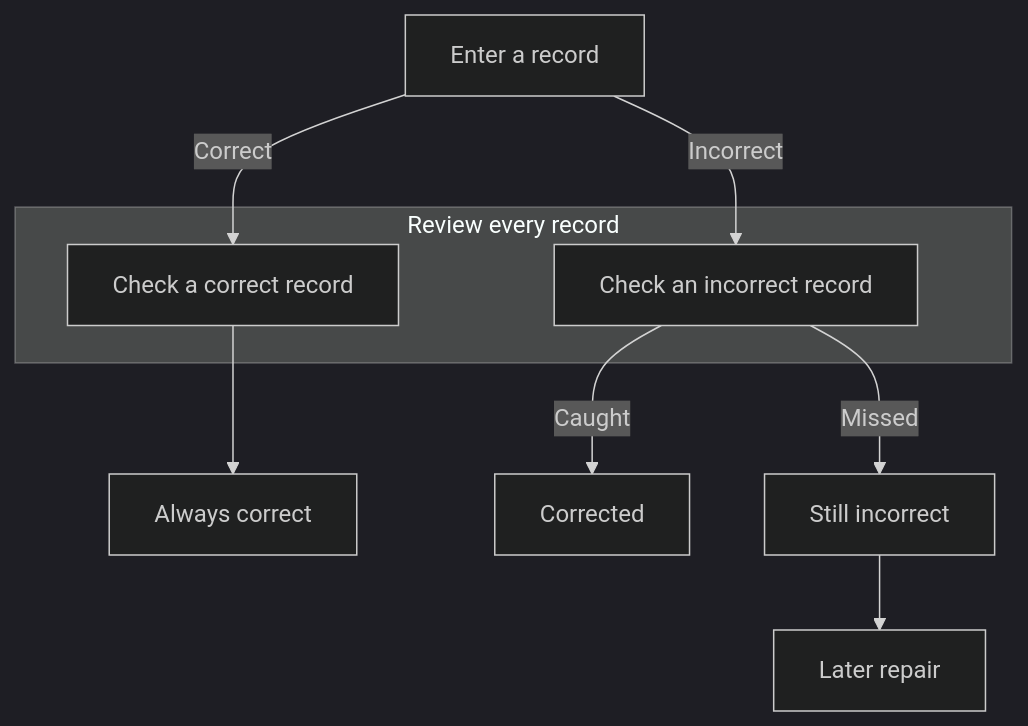
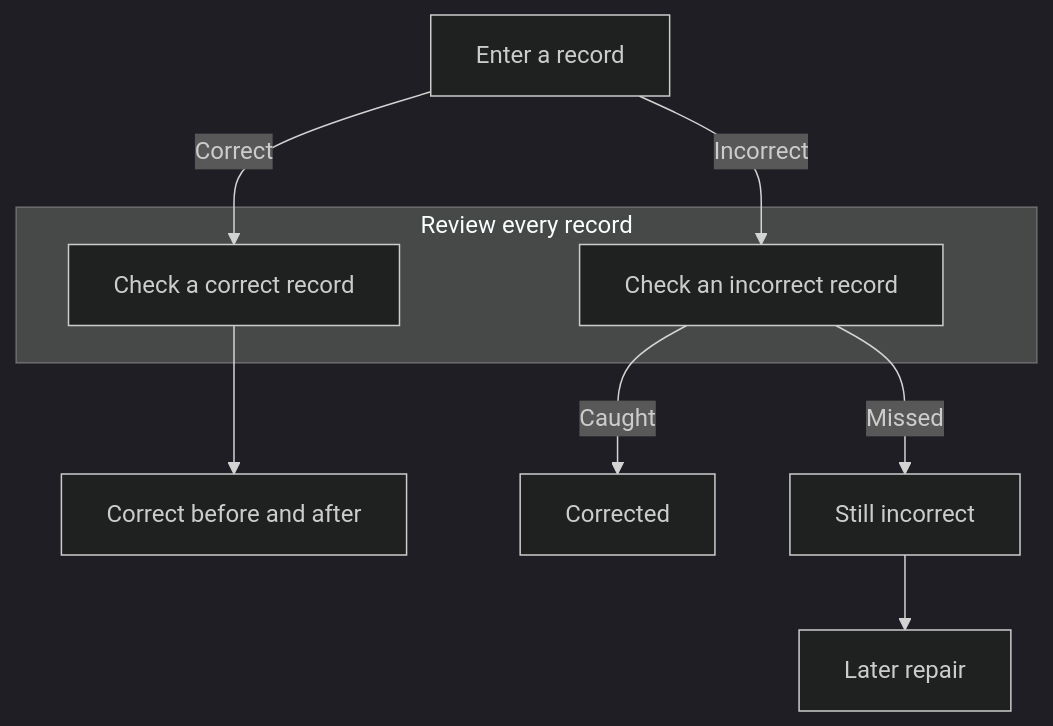
The first of 2 diagrams in docs/examples/record-review/index.rst (Code0x58/modello), drawn with Mermaid (dark theme) before and after one commit. The commit also changed other lines of this file and 2 other files, not shown here.

Commit message:
Derive review responses from a transition matrix recurrence

```diff
--- a/docs/examples/record-review/index.rst
+++ b/docs/examples/record-review/index.rst
@@ -10,17 +10,17 @@
 .. mermaid::
    :alt: Every record is reviewed. Initially correct records stay correct. Initially incorrect records are either corrected or left incorrect and need later repair.
-   :caption: Three groups leave checking: always correct, corrected, and still incorrect.
+   :caption: Three groups leave checking: correct before and after, corrected, and still incorrect.
 
    flowchart TD
        accTitle: A record's path through checking
        accDescr: Every record is reviewed. Initially correct records stay correct. Errors are either corrected during checking or left for later repair.
        record["Enter a record"] -->|Correct| correct_review
        record -->|Incorrect| error_review
        subgraph review["Review every record"]
            correct_review["Check a correct record"]
            error_review["Check an incorrect record"]
        end
-       correct_review --> always_correct["Always correct"]
+       correct_review --> correct_to_correct["Correct before and after"]
        error_review -->|Caught| corrected["Corrected"]
        error_review -->|Missed| remaining["Still incorrect"]
        remaining --> repair["Later repair"]
```
